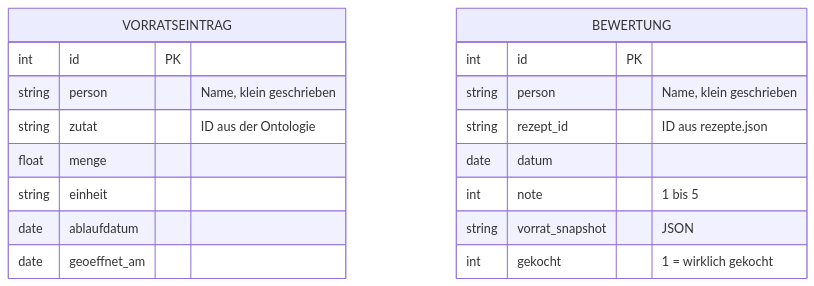
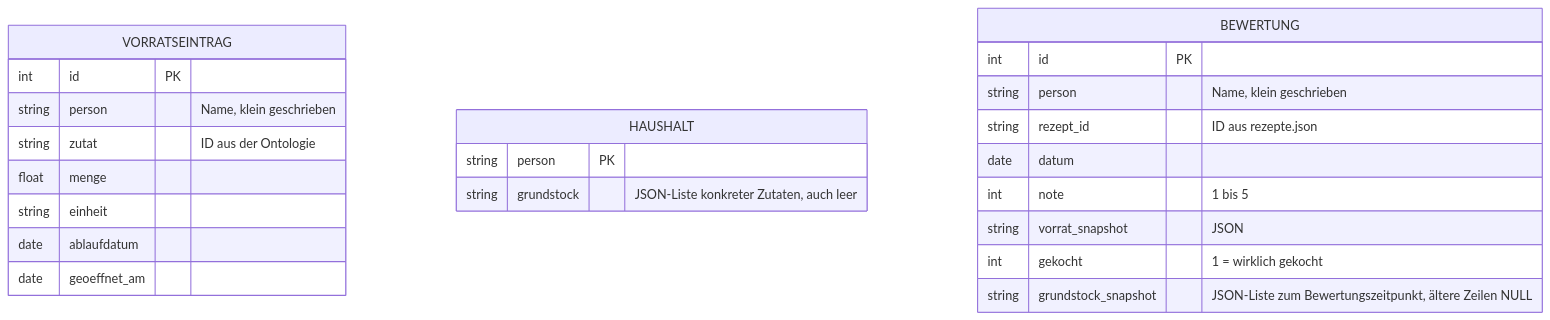
Before and after one commit to FHNWjanwolf/Cooler-AI: the second of 2 diagrams in docs/datenmodell.md, drawn with Mermaid. The commit also changed other lines of this file and 30 other files, not shown here.

````diff
--- a/docs/datenmodell.md
+++ b/docs/datenmodell.md
@@ -58,21 +58,26 @@
 ```mermaid
 erDiagram
   VORRATSEINTRAG {
     int id PK
     string person "Name, klein geschrieben"
     string zutat "ID aus der Ontologie"
     float menge
     string einheit
     date ablaufdatum
     date geoeffnet_am
   }
+  HAUSHALT {
+    string person PK
+    string grundstock "JSON-Liste konkreter Zutaten, auch leer"
+  }
   BEWERTUNG {
     int id PK
     string person "Name, klein geschrieben"
     string rezept_id "ID aus rezepte.json"
     date datum
     int note "1 bis 5"
     string vorrat_snapshot "JSON"
     int gekocht "1 = wirklich gekocht"
+    string grundstock_snapshot "JSON-Liste zum Bewertungszeitpunkt, ältere Zeilen NULL"
   }
 ```
````
